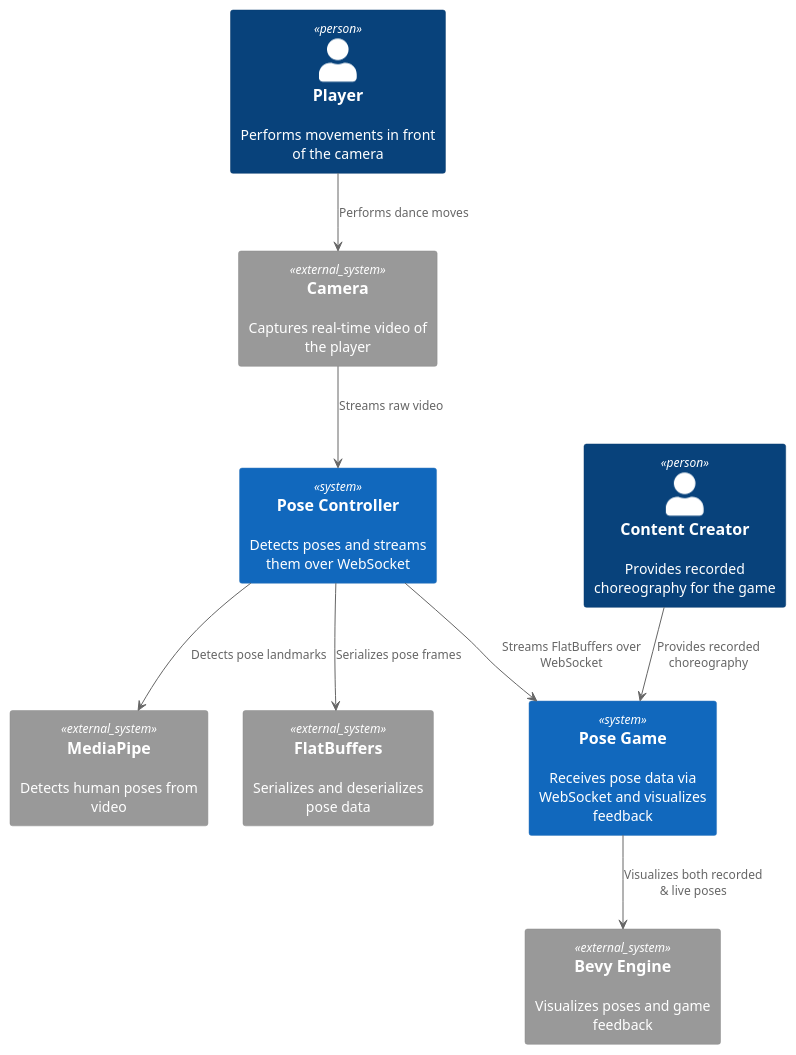
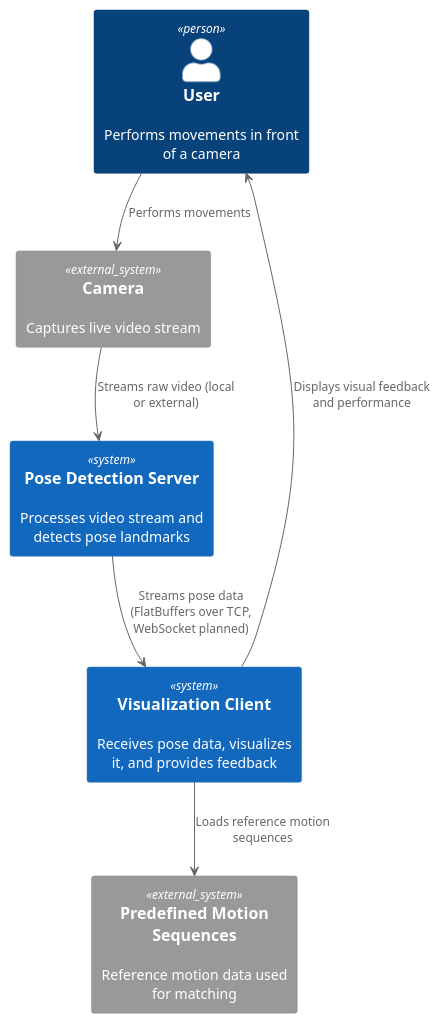
The diagram in docs/arch/diagrams/context.puml (tobiaslocker/pose), drawn with PlantUML before and after one commit. The commit also changed other lines of this file and 2 other files, not shown here.

```diff
--- a/docs/arch/diagrams/context.puml
+++ b/docs/arch/diagrams/context.puml
@@ -1,23 +1,17 @@
 @startuml
 !include https://raw.githubusercontent.com/plantuml-stdlib/C4-PlantUML/master/C4_Context.puml
 
-Person(player, "Player", "Performs movements in front of the camera")
-Person(creator, "Content Creator", "Provides recorded choreography for the game")
+Person(user, "User", "Performs movements in front of a camera")
 
-System_Ext(camera, "Camera", "Captures real-time video of the player")
-System_Ext(mediapipe, "MediaPipe", "Detects human poses from video")
-System_Ext(flatbuffers, "FlatBuffers", "Serializes and deserializes pose data")
-System_Ext(bevy, "Bevy Engine", "Visualizes poses and game feedback")
+System_Ext(camera, "Camera", "Captures live video stream")
+System(pose_server, "Pose Detection Server", "Processes video stream and detects pose landmarks")
+System(visualization_client, "Visualization Client", "Receives pose data, visualizes it, and provides feedback")
+System_Ext(predefined_sequences, "Predefined Motion Sequences", "Reference motion data used for matching")
 
-System(controller, "Pose Controller", "Detects poses and streams them over WebSocket")
-System(game, "Pose Game", "Receives pose data via WebSocket and visualizes feedback")
-
-player --> camera : "Performs dance moves"
-camera --> controller : "Streams raw video"
-controller --> mediapipe : "Detects pose landmarks"
-controller --> flatbuffers : "Serializes pose frames"
-controller --> game : "Streams FlatBuffers over WebSocket"
-creator --> game : "Provides recorded choreography"
-game --> bevy : "Visualizes both recorded & live poses"
+user --> camera : "Performs movements"
+camera --> pose_server : "Streams raw video (local or external)"
+pose_server --> visualization_client : "Streams pose data (FlatBuffers over TCP, WebSocket planned)"
+visualization_client --> predefined_sequences : "Loads reference motion sequences"
+visualization_client --> user : "Displays visual feedback and performance"
 
 @enduml
```
